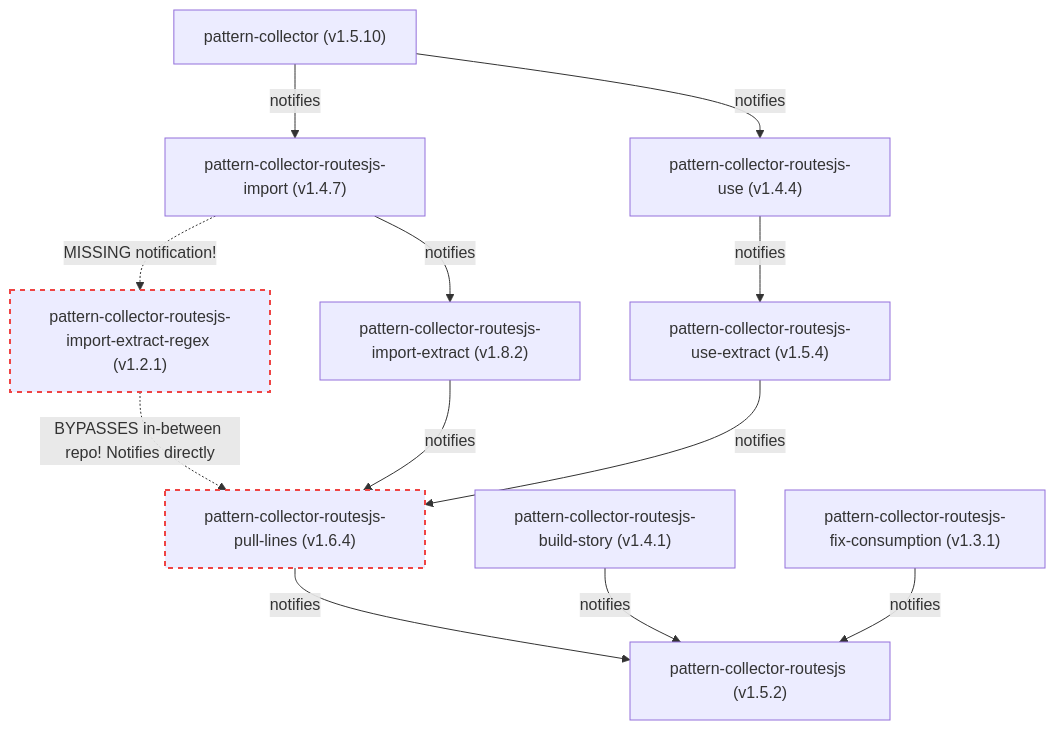
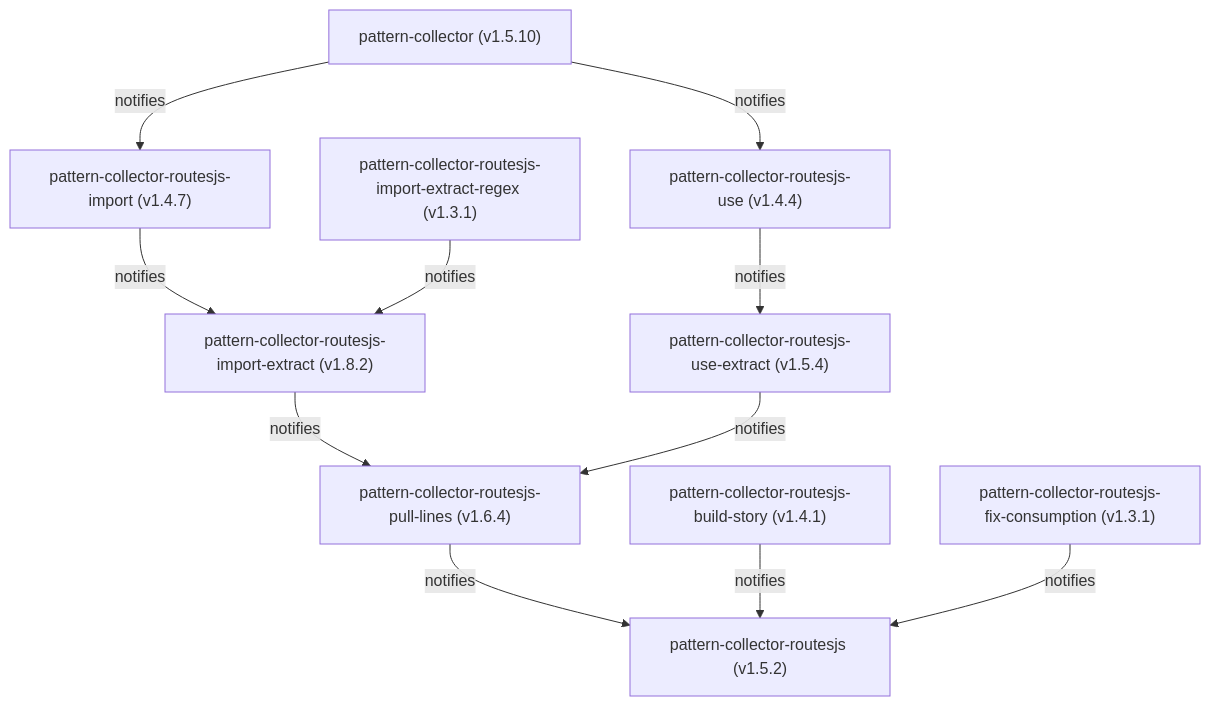
Before and after one commit to keshavsoft/pattern-collector: the diagram in repository_analysis.md, drawn with Mermaid. The commit also changed other lines of this file, not shown here.

````diff
--- a/repository_analysis.md
+++ b/repository_analysis.md
@@ -11,33 +11,28 @@
 ```mermaid
 graph TD
     PC["pattern-collector (v1.5.10)"]
     PCRI["pattern-collector-routesjs-import (v1.4.7)"]
     PCRU["pattern-collector-routesjs-use (v1.4.4)"]
     PCRIE["pattern-collector-routesjs-import-extract (v1.8.2)"]
-    PCRIER["pattern-collector-routesjs-import-extract-regex (v1.2.1)"]
+    PCRIER["pattern-collector-routesjs-import-extract-regex (v1.3.1)"]
     PCRUE["pattern-collector-routesjs-use-extract (v1.5.4)"]
     PCRPL["pattern-collector-routesjs-pull-lines (v1.6.4)"]
     PCR["pattern-collector-routesjs (v1.5.2)"]
     PCRBS["pattern-collector-routesjs-build-story (v1.4.1)"]
     PCRFC["pattern-collector-routesjs-fix-consumption (v1.3.1)"]
 
-    %% Class styles
-    classDef broken stroke:#ef4444,stroke-width:2px,stroke-dasharray: 5 5;
-    classDef correct stroke:#22c55e,stroke-width:2px;
-
     PC -->|notifies| PCRI
     PC -->|notifies| PCRU
     
     PCRI -->|notifies| PCRIE
-    PCRI -.->|MISSING notification!| PCRIER:::broken
     
-    PCRIER -.->|BYPASSES in-between repo! Notifies directly| PCRPL:::broken
+    PCRIER -->|notifies| PCRIE
     PCRIE -->|notifies| PCRPL
     
     PCRU -->|notifies| PCRUE
     PCRUE -->|notifies| PCRPL
     
     PCRPL -->|notifies| PCR
     PCRBS -->|notifies| PCR
     PCRFC -->|notifies| PCR
 ```
````
